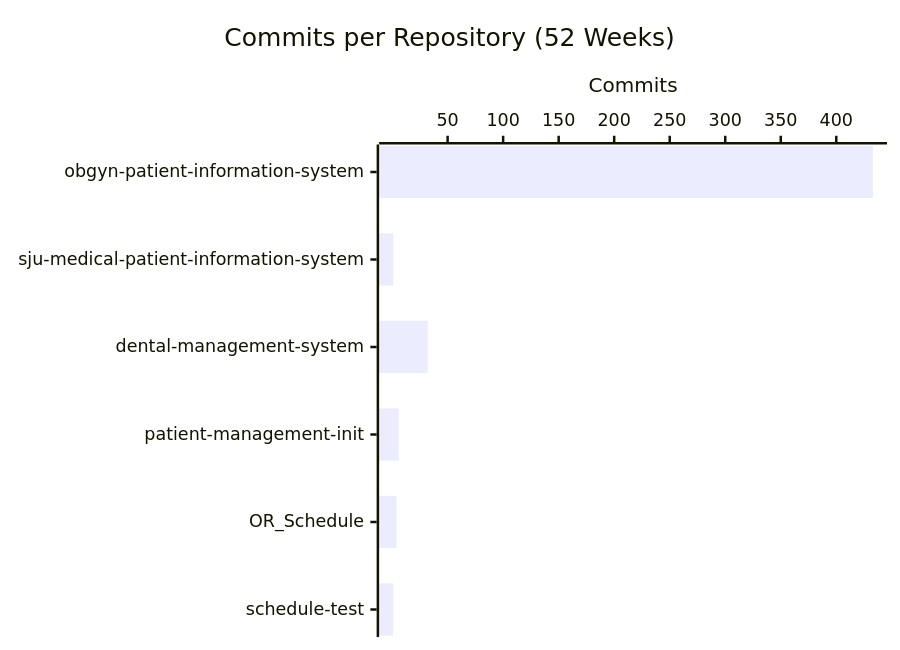
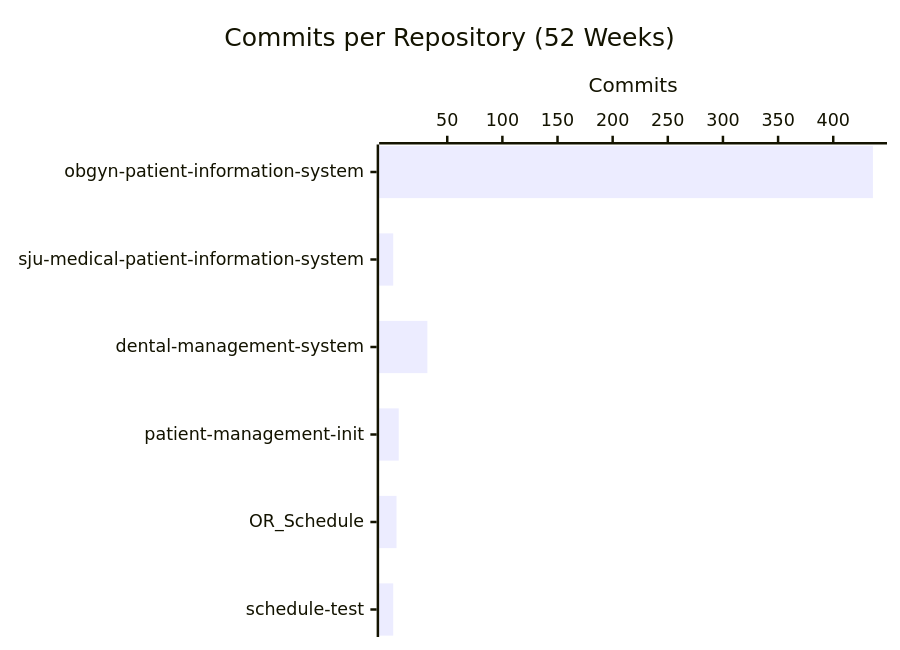
The second of 4 diagrams in profile/README.md (CSTH-Projects/.github), drawn with Mermaid before and after one commit. The commit also changed other lines of this file, not shown here.

````diff
--- a/profile/README.md
+++ b/profile/README.md
@@ -24,7 +24,7 @@
 ```mermaid
 xychart-beta horizontal
     title "Commits per Repository (52 Weeks)"
     x-axis ["obgyn-patient-information-system", "sju-medical-patient-information-system", "dental-management-system", "patient-management-init", "OR_Schedule", "schedule-test"]
     y-axis "Commits"
-    bar [433, 1, 32, 6, 4, 1]
+    bar [436, 1, 32, 6, 4, 1]
 ```
````
